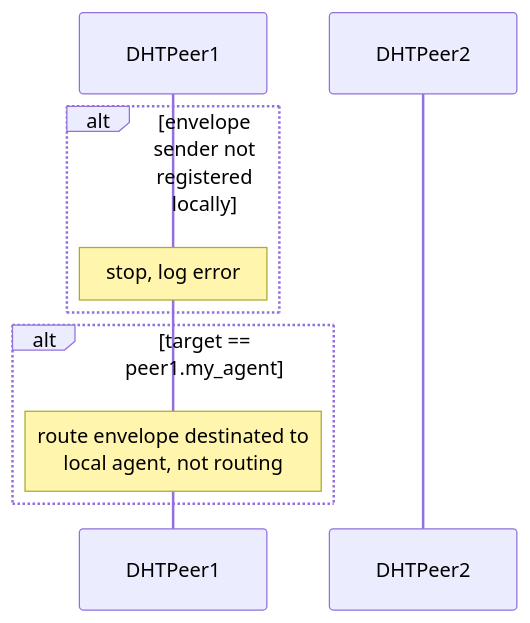
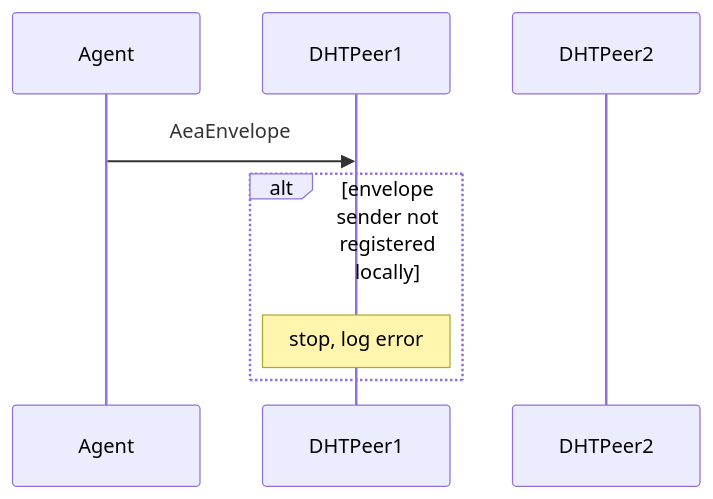
One commit to legendarydeveloper919/agents-aea changed the second of 6 diagrams in docs/acn-internals.md. Above: the diagram before and after it, drawn with Mermaid. The commit also changed other lines of this file, not shown here.

First line of the commit message:
docs: add peer-to-peer communication

```diff
--- a/docs/acn-internals.md
+++ b/docs/acn-internals.md
@@ -182,12 +199,10 @@
 <div class="mermaid">
     sequenceDiagram
+        participant Agent
         participant DHTPeer1
         participant DHTPeer2
+        Agent->>DHTPeer1: AeaEnvelope
         alt envelope sender not registered locally
             note over DHTPeer1: stop, log error
         end
-        alt target == peer1.my_agent
-            note over DHTPeer1: route envelope destinated to <br/>local agent, not routing
-        end
-
 </div>
```
